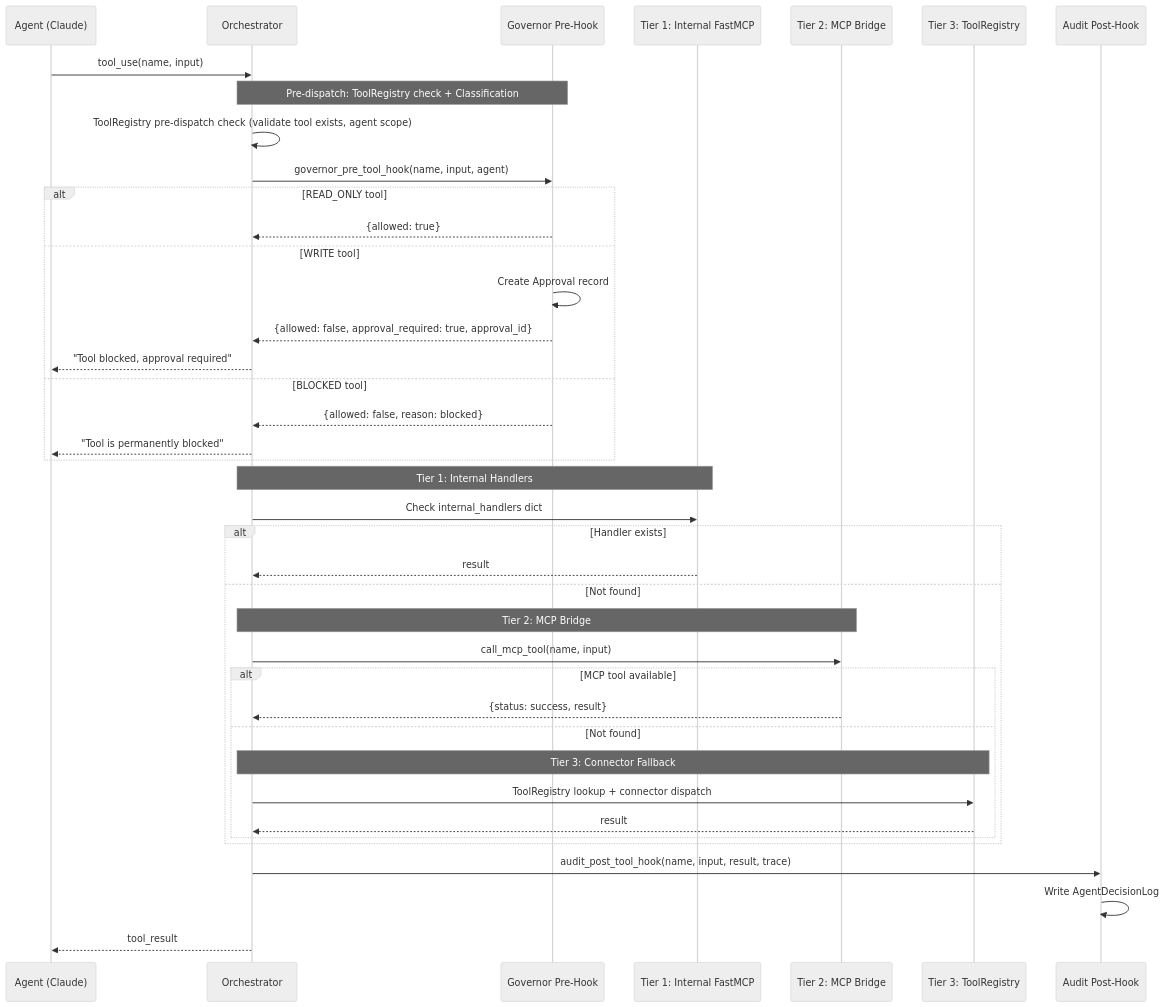
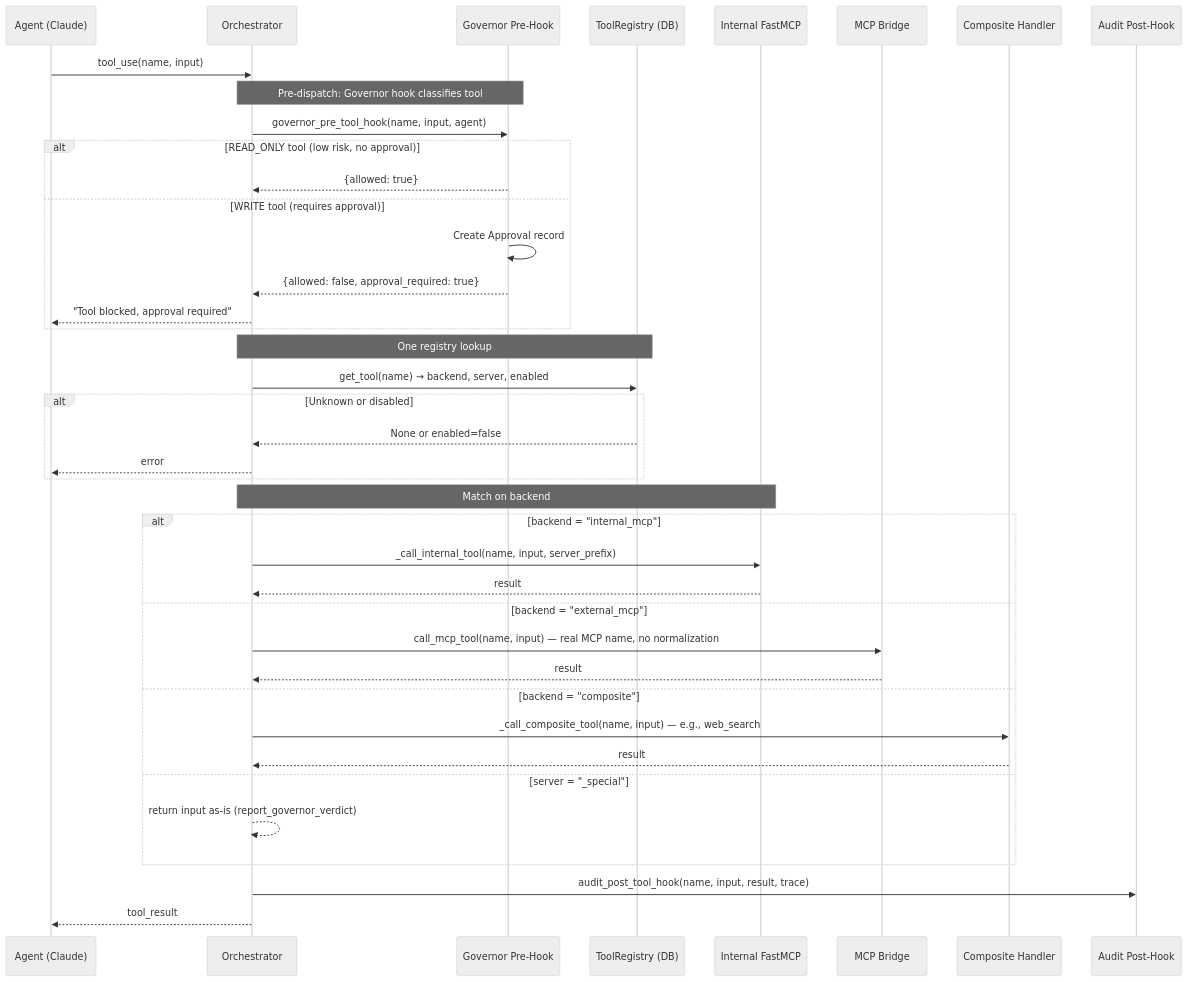
Before and after one commit to shivadharmi/muldro: the diagram in docs/architecture/tools-mcp.md, drawn with Mermaid (neutral theme). The commit also changed other lines of this file and 6 other files, not shown here.

First line of the commit message:
docs: update all docs for unified tool registry migration

````diff
--- a/docs/architecture/tools-mcp.md
+++ b/docs/architecture/tools-mcp.md
@@ -9,46 +7,47 @@
 ```mermaid
 sequenceDiagram
     participant A as Agent (Claude)
     participant O as Orchestrator
     participant H as Governor Pre-Hook
-    participant T1 as Tier 1: Internal FastMCP
-    participant T2 as Tier 2: MCP Bridge
-    participant T3 as Tier 3: ToolRegistry
+    participant R as ToolRegistry (DB)
+    participant I as Internal FastMCP
+    participant M as MCP Bridge
+    participant C as Composite Handler
     participant AU as Audit Post-Hook
 
     A->>O: tool_use(name, input)
 
-    Note over O,H: Pre-dispatch: ToolRegistry check + Classification
-    O->>O: ToolRegistry pre-dispatch check (validate tool exists, agent scope)
+    Note over O,H: Pre-dispatch: Governor hook classifies tool
     O->>H: governor_pre_tool_hook(name, input, agent)
-    alt READ_ONLY tool
+    alt READ_ONLY tool (low risk, no approval)
         H-->>O: {allowed: true}
-    else WRITE tool
+    else WRITE tool (requires approval)
         H->>H: Create Approval record
-        H-->>O: {allowed: false, approval_required: true, approval_id}
+        H-->>O: {allowed: false, approval_required: true}
         O-->>A: "Tool blocked, approval required"
-    else BLOCKED tool
-        H-->>O: {allowed: false, reason: blocked}
-        O-->>A: "Tool is permanently blocked"
     end
 
-    Note over O,T1: Tier 1: Internal Handlers
-    O->>T1: Check internal_handlers dict
-    alt Handler exists
-        T1-->>O: result
-    else Not found
-        Note over O,T2: Tier 2: MCP Bridge
-        O->>T2: call_mcp_tool(name, input)
-        alt MCP tool available
-            T2-->>O: {status: success, result}
-        else Not found
-            Note over O,T3: Tier 3: Connector Fallback
-            O->>T3: ToolRegistry lookup + connector dispatch
-            T3-->>O: result
-        end
+    Note over O,R: One registry lookup
+    O->>R: get_tool(name) → backend, server, enabled
+    alt Unknown or disabled
+        R-->>O: None or enabled=false
+        O-->>A: error
+    end
+
+    Note over O,I: Match on backend
+    alt backend = "internal_mcp"
+        O->>I: _call_internal_tool(name, input, server_prefix)
+        I-->>O: result
+    else backend = "external_mcp"
+        O->>M: call_mcp_tool(name, input) — real MCP name, no normalization
+        M-->>O: result
+    else backend = "composite"
+        O->>C: _call_composite_tool(name, input) — e.g., web_search
+        C-->>O: result
+    else server = "_special"
+        O-->>O: return input as-is (report_governor_verdict)
     end
 
     O->>AU: audit_post_tool_hook(name, input, result, trace)
-    AU->>AU: Write AgentDecisionLog
     O-->>A: tool_result
 ```
````
